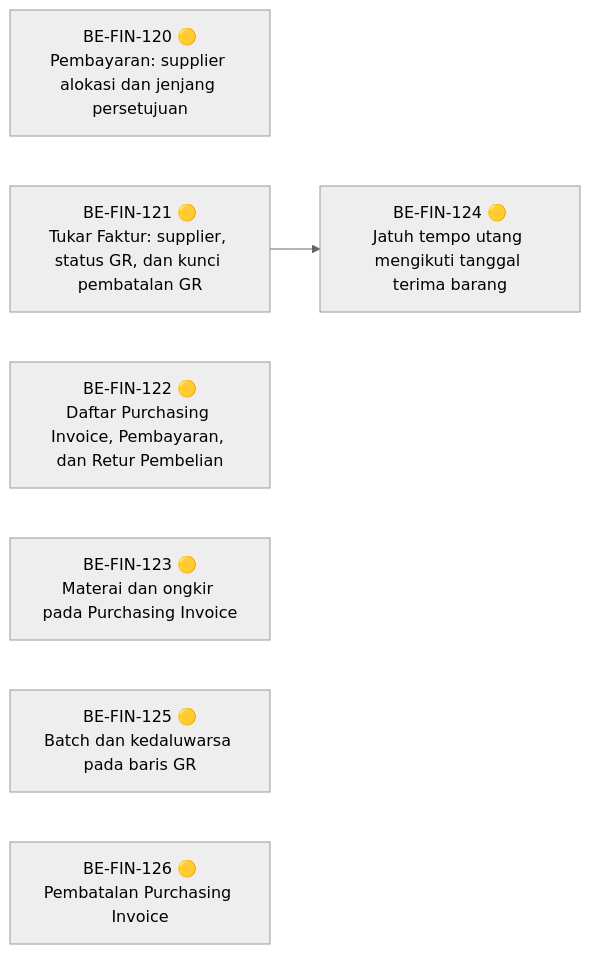
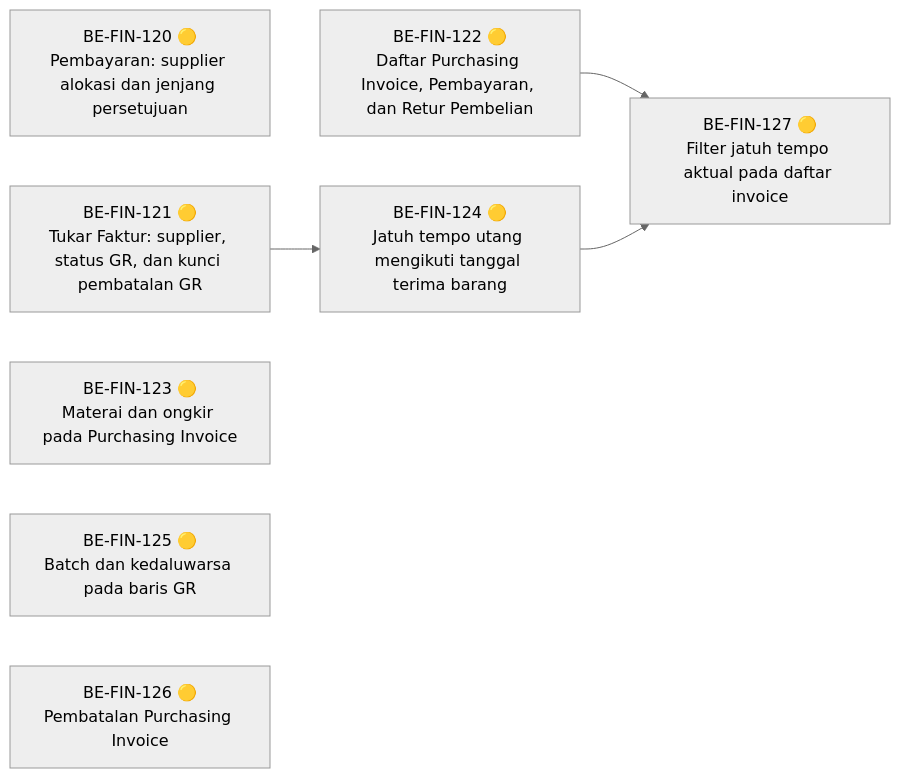
The eighth of 8 diagrams in docs/module-blueprints/finance-management/roadmap/01-backend-roadmap.md (DevBenari/NewQuilvianSystemBackend), drawn with Mermaid (neutral theme) before and after one commit. The commit also changed other lines of this file and 22 other files, not shown here.

````diff
--- a/docs/module-blueprints/finance-management/roadmap/01-backend-roadmap.md
+++ b/docs/module-blueprints/finance-management/roadmap/01-backend-roadmap.md
@@ -2104,11 +2109,14 @@
 ```mermaid
 flowchart LR
     BE120["BE-FIN-120 🟡<br/>Pembayaran: supplier alokasi dan jenjang persetujuan"]
     BE121["BE-FIN-121 🟡<br/>Tukar Faktur: supplier, status GR, dan kunci pembatalan GR"]
     BE122["BE-FIN-122 🟡<br/>Daftar Purchasing Invoice, Pembayaran, dan Retur Pembelian"]
     BE123["BE-FIN-123 🟡<br/>Materai dan ongkir pada Purchasing Invoice"]
     BE124["BE-FIN-124 🟡<br/>Jatuh tempo utang mengikuti tanggal terima barang"]
     BE125["BE-FIN-125 🟡<br/>Batch dan kedaluwarsa pada baris GR"]
     BE126["BE-FIN-126 🟡<br/>Pembatalan Purchasing Invoice"]
+    BE127["BE-FIN-127 🟡<br/>Filter jatuh tempo aktual pada daftar invoice"]
     BE121 --> BE124
+    BE122 --> BE127
+    BE124 --> BE127
 ```
````
